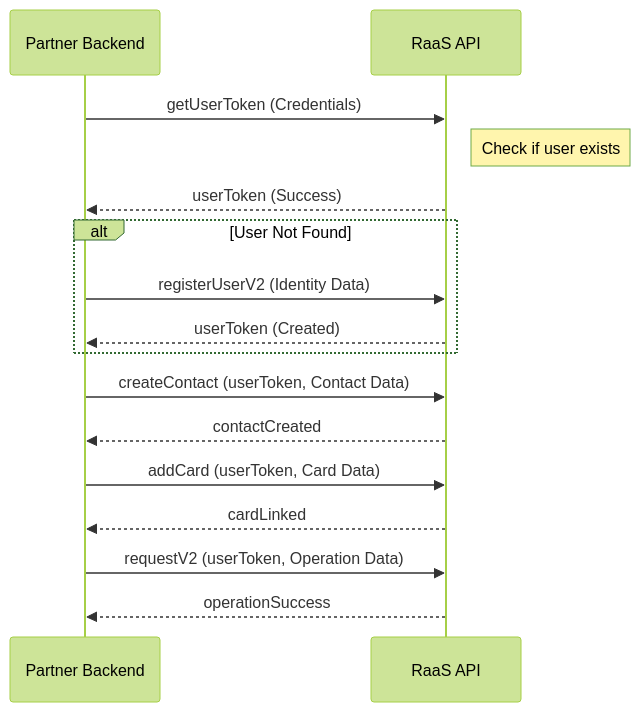
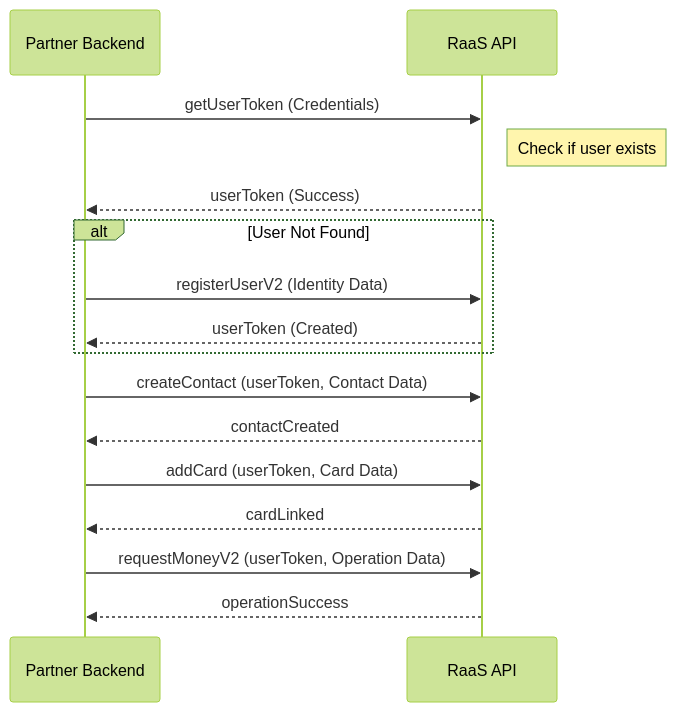
Before and after one commit to jecomas/raas-partner-doc: the diagram in api-reference/introduction.mdx, drawn with Mermaid (forest theme). The commit also changed other lines of this file and 8 other files, not shown here.

````diff
--- a/api-reference/introduction.mdx
+++ b/api-reference/introduction.mdx
@@ -52,23 +52,23 @@
 ```mermaid
 sequenceDiagram
     participant Partner as Partner Backend
     participant API as RaaS API
 
     Partner->>API: getUserToken (Credentials)
     Note right of API: Check if user exists
     API-->>Partner: userToken (Success)
 
     alt User Not Found
         Partner->>API: registerUserV2 (Identity Data)
         API-->>Partner: userToken (Created)
     end
 
     Partner->>API: createContact (userToken, Contact Data)
     API-->>Partner: contactCreated
 
     Partner->>API: addCard (userToken, Card Data)
     API-->>Partner: cardLinked
 
-    Partner->>API: requestV2 (userToken, Operation Data)
+    Partner->>API: requestMoneyV2 (userToken, Operation Data)
     API-->>Partner: operationSuccess
 ```
````
